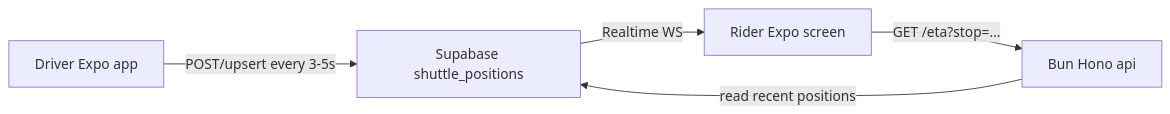
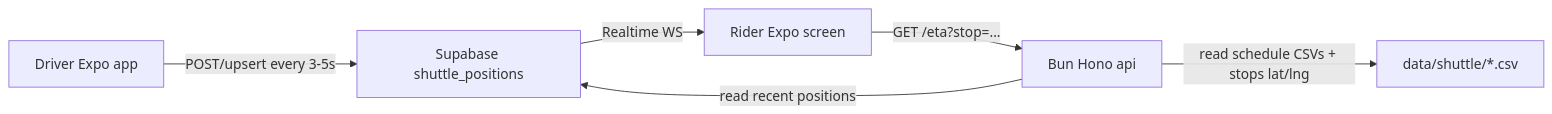
One commit to sebastianjohn7/HawkNav changed the diagram in build.md. Above: the diagram before and after it, drawn with Mermaid. The commit also changed other lines of this file and 14 other files, not shown here.

Commit message:
data csv collection for shuttle routes

````diff
--- a/build.md
+++ b/build.md
@@ -41,7 +53,8 @@
 ```mermaid
 flowchart LR
   DriverPhone["Driver Expo app"] -->|"POST/upsert every 3-5s"| Supabase["Supabase shuttle_positions"]
   Supabase -->|"Realtime WS"| RiderApp["Rider Expo screen"]
   RiderApp -->|"GET /eta?stop=..."| HonoApi["Bun Hono api"]
   HonoApi -->|"read recent positions"| Supabase
+  HonoApi -->|"read schedule CSVs + stops lat/lng"| Schedules["data/shuttle/*.csv"]
 ```
````
